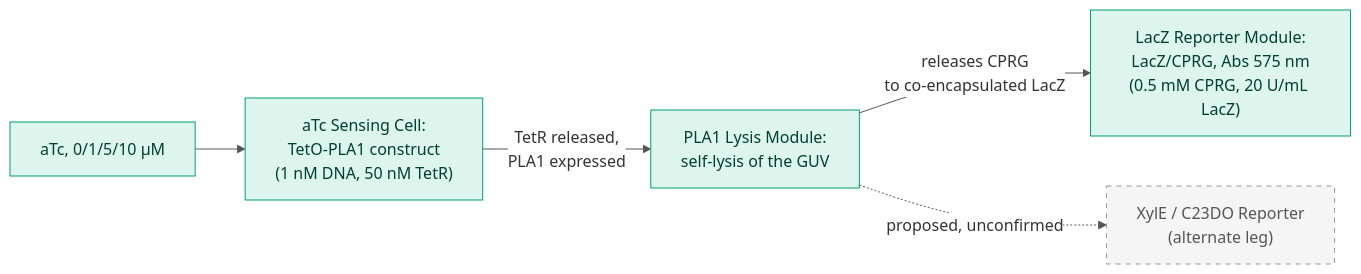
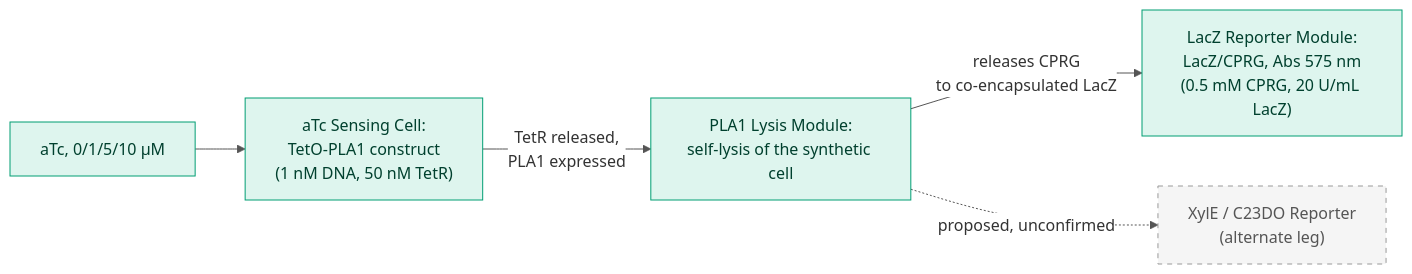
The diagram in docs/modules/atc-cascade/spec.md (nucleus-eng/nucleus-docs), drawn with Mermaid before and after one commit. The commit also changed other lines of this file and 32 other files, not shown here.

````diff
--- a/docs/modules/atc-cascade/spec.md
+++ b/docs/modules/atc-cascade/spec.md
@@ -27,14 +27,14 @@
 ```{mermaid}
 %%{init: {'theme': 'base', 'themeVariables': {'lineColor': '#555555', 'edgeLabelBackground': '#ffffff'}}}%%
 flowchart LR
     ATC[aTc, 0/1/5/10 µM] --> SENSE["aTc Sensing Cell:\nTetO-PLA1 construct\n(1 nM DNA, 50 nM TetR)"]
-    SENSE -->|"TetR released,\nPLA1 expressed"| LYSIS["PLA1 Lysis Module:\nself-lysis of the GUV"]
+    SENSE -->|"TetR released,\nPLA1 expressed"| LYSIS["PLA1 Lysis Module:\nself-lysis of the synthetic cell"]
     LYSIS -->|"releases CPRG\nto co-encapsulated LacZ"| READOUT["LacZ Reporter Module:\nLacZ/CPRG, Abs 575 nm\n(0.5 mM CPRG, 20 U/mL LacZ)"]
     LYSIS -.->|proposed, unconfirmed| XYLE["XylE / C23DO Reporter\n(alternate leg)"]
 
     classDef confirmed fill:#def5ee,stroke:#009E73,color:#00402e;
     classDef proposed fill:#f5f5f5,stroke:#999999,color:#555555,stroke-dasharray: 5 5;
 
     class ATC,SENSE,LYSIS,READOUT confirmed;
     class XYLE proposed;
 ```
````
